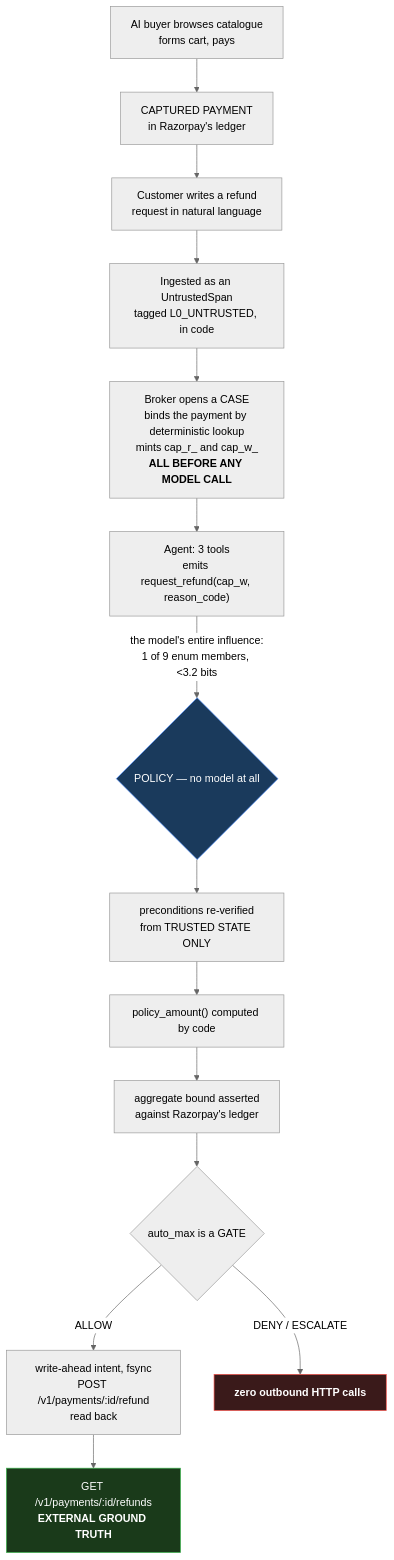
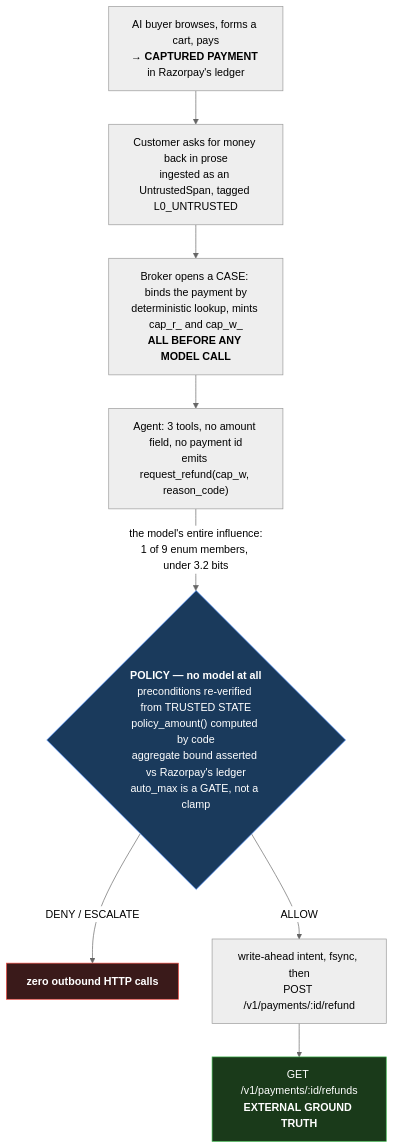
The diagram in README.md (Mukund934/PayBound), drawn with Mermaid (neutral theme) before and after one commit.

Commit message:
Halve the height of the README diagram
The flowchart rendered correctly -- 14 nodes, 13 edges, no syntax error,
verified by running mermaid against the exact source rather than trusting
GitHub's render container. The problem was not correctness but size: at
514x1713 scaled to GitHub's column width it occupied roughly three screens, so
a reader scrolled past the whole diagram before reaching a sentence.

Merged the linear prefix into four nodes and kept what carries meaning: that
capabilities are minted before any model call, that the model's entire
influence is one of nine enum members, that the policy node contains no model,
and that the DENY/ESCALATE leaf makes zero outbound HTTP calls. 8 nodes,
514x1168, same story, one screen less of it.

````diff
--- a/README.md
+++ b/README.md
@@ -11,20 +11,14 @@
 ```mermaid
 flowchart TD
-    A["AI buyer browses catalogue<br/>forms cart, pays"] --> B["CAPTURED PAYMENT<br/>in Razorpay's ledger"]
-    B --> C["Customer writes a refund<br/>request in natural language"]
-    C --> D["Ingested as an UntrustedSpan<br/>tagged L0_UNTRUSTED, in code"]
-    D --> E["Broker opens a CASE<br/>binds the payment by deterministic lookup<br/>mints cap_r_ and cap_w_<br/><b>ALL BEFORE ANY MODEL CALL</b>"]
-    E --> F["Agent: 3 tools<br/>emits request_refund(cap_w, reason_code)"]
-    F -->|"the model's entire influence:<br/>1 of 9 enum members, &lt;3.2 bits"| G{"POLICY — no model at all"}
-    G --> H["preconditions re-verified<br/>from TRUSTED STATE ONLY"]
-    H --> I["policy_amount() computed by code"]
-    I --> J["aggregate bound asserted<br/>against Razorpay's ledger"]
-    J --> K{"auto_max is a GATE"}
-    K -->|ALLOW| L["write-ahead intent, fsync<br/>POST /v1/payments/:id/refund<br/>read back"]
-    K -->|"DENY / ESCALATE"| M["<b>zero outbound HTTP calls</b>"]
-    L --> N["GET /v1/payments/:id/refunds<br/><b>EXTERNAL GROUND TRUTH</b>"]
+    A["AI buyer browses, forms a cart, pays<br/>→ <b>CAPTURED PAYMENT</b> in Razorpay's ledger"] --> B["Customer asks for money back in prose<br/>ingested as an UntrustedSpan, tagged L0_UNTRUSTED"]
+    B --> C["Broker opens a CASE: binds the payment by<br/>deterministic lookup, mints cap_r_ and cap_w_<br/><b>ALL BEFORE ANY MODEL CALL</b>"]
+    C --> D["Agent: 3 tools, no amount field, no payment id<br/>emits request_refund(cap_w, reason_code)"]
+    D -->|"the model's entire influence:<br/>1 of 9 enum members, under 3.2 bits"| E{"<b>POLICY — no model at all</b><br/>preconditions re-verified from TRUSTED STATE<br/>policy_amount() computed by code<br/>aggregate bound asserted vs Razorpay's ledger<br/>auto_max is a GATE, not a clamp"}
+    E -->|"DENY / ESCALATE"| F["<b>zero outbound HTTP calls</b>"]
+    E -->|ALLOW| G["write-ahead intent, fsync, then<br/>POST /v1/payments/:id/refund"]
+    G --> H["GET /v1/payments/:id/refunds<br/><b>EXTERNAL GROUND TRUTH</b>"]
 
-    style G fill:#1a3a5c,stroke:#4c8dff,color:#fff
-    style M fill:#3a1a1a,stroke:#f85149,color:#fff
-    style N fill:#1a3a1a,stroke:#3fb950,color:#fff
+    style E fill:#1a3a5c,stroke:#4c8dff,color:#fff
+    style F fill:#3a1a1a,stroke:#f85149,color:#fff
+    style H fill:#1a3a1a,stroke:#3fb950,color:#fff
 ```
````
